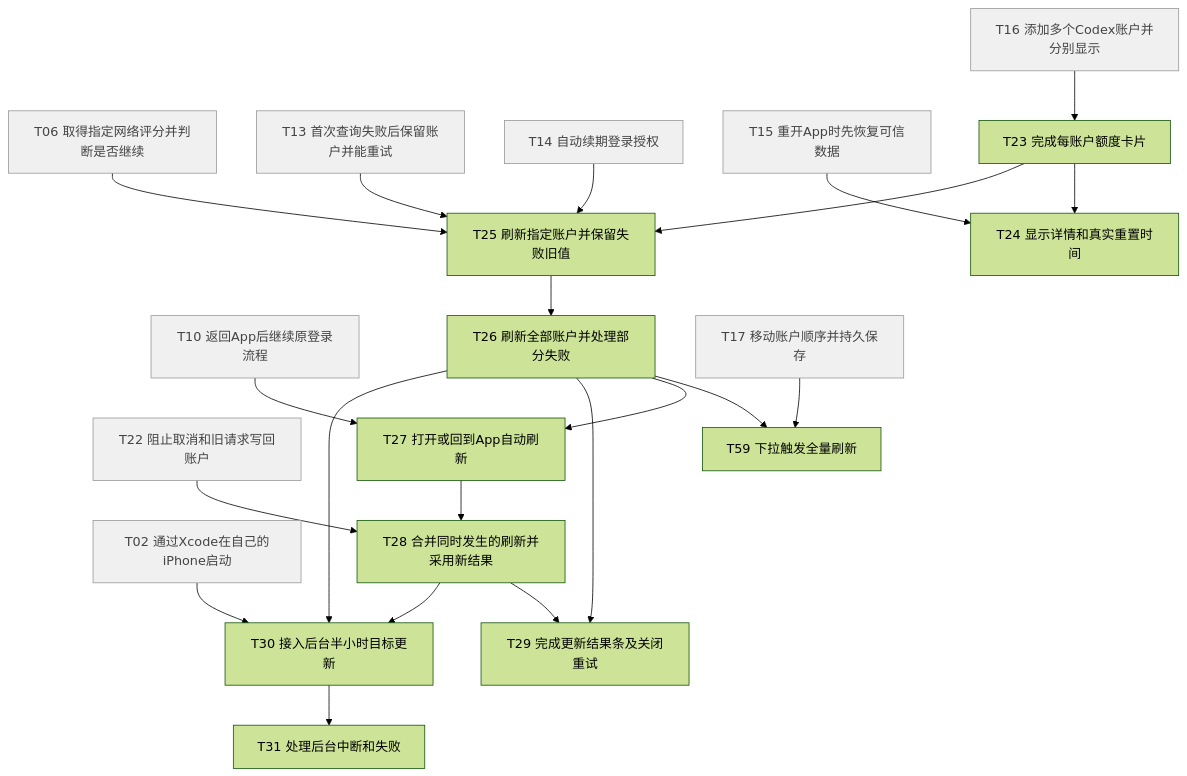
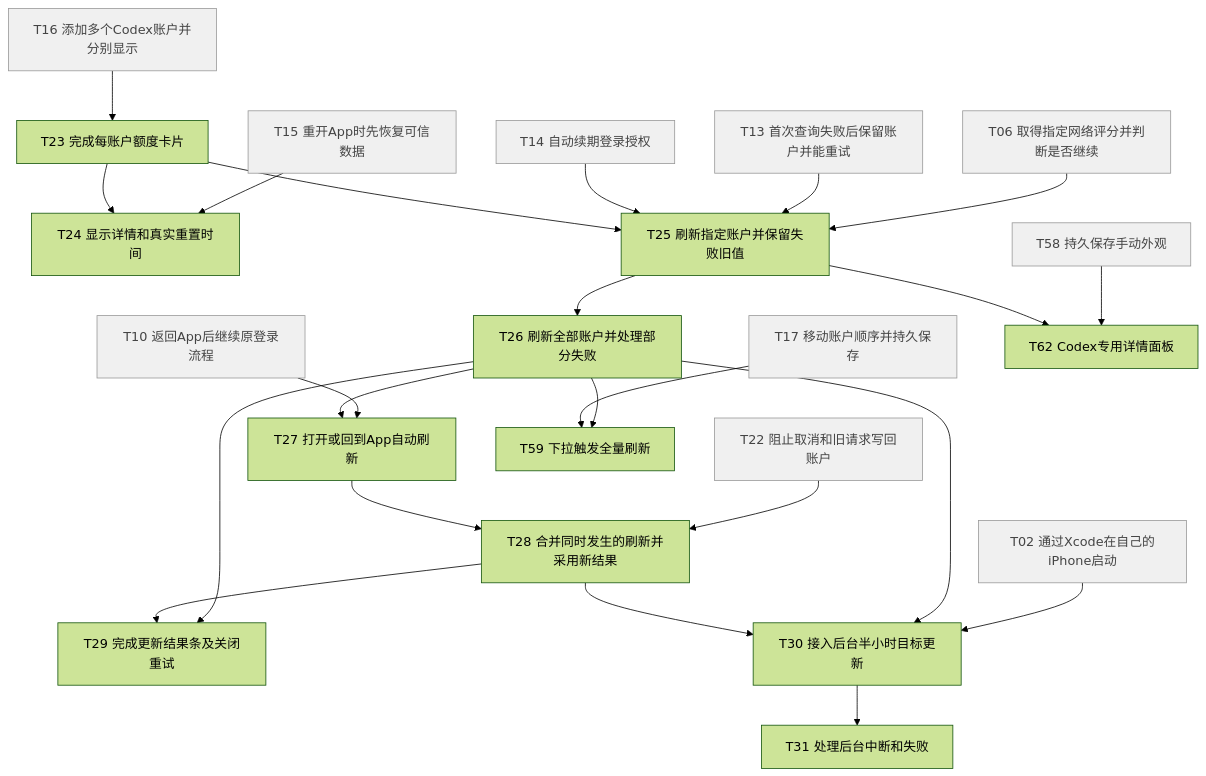
Before and after one commit to fsylviaa/subscription-usage-monitor: the fifth of 9 diagrams in docs/mvp任务清单/README.md, drawn with Mermaid (forest theme). The commit also changed other lines of this file and 10 other files, not shown here.

````diff
--- a/docs/mvp任务清单/README.md
+++ b/docs/mvp任务清单/README.md
@@ -265,41 +266,44 @@
 ```mermaid
 flowchart TD
   T02["T02 通过Xcode在自己的iPhone启动"]:::prior
   T06["T06 取得指定网络评分并判断是否继续"]:::prior
   T10["T10 返回App后继续原登录流程"]:::prior
   T13["T13 首次查询失败后保留账户并能重试"]:::prior
   T14["T14 自动续期登录授权"]:::prior
   T15["T15 重开App时先恢复可信数据"]:::prior
   T16["T16 添加多个Codex账户并分别显示"]:::prior
   T22["T22 阻止取消和旧请求写回账户"]:::prior
   T23["T23 完成每账户额度卡片"]
   T24["T24 显示详情和真实重置时间"]
   T25["T25 刷新指定账户并保留失败旧值"]
   T26["T26 刷新全部账户并处理部分失败"]
   T27["T27 打开或回到App自动刷新"]
   T28["T28 合并同时发生的刷新并采用新结果"]
   T29["T29 完成更新结果条及关闭重试"]
   T30["T30 接入后台半小时目标更新"]
   T31["T31 处理后台中断和失败"]
   T16 --> T23
   T15 --> T24
   T23 --> T24
   T06 --> T25
   T13 --> T25
   T14 --> T25
   T23 --> T25
   T25 --> T26
   T26 --> T59["T59 下拉触发全量刷新"]
   T17["T17 移动账户顺序并持久保存"]:::prior --> T59
   T10 --> T27
   T26 --> T27
   T22 --> T28
   T27 --> T28
   T26 --> T29
   T28 --> T29
   T02 --> T30
   T26 --> T30
   T28 --> T30
   T30 --> T31
+  T62["T62 Codex专用详情面板"]
+  T58["T58 持久保存手动外观"]:::prior --> T62
+  T25 --> T62
   classDef prior fill:#f0f0f0,stroke:#999,color:#444
 ```
````
